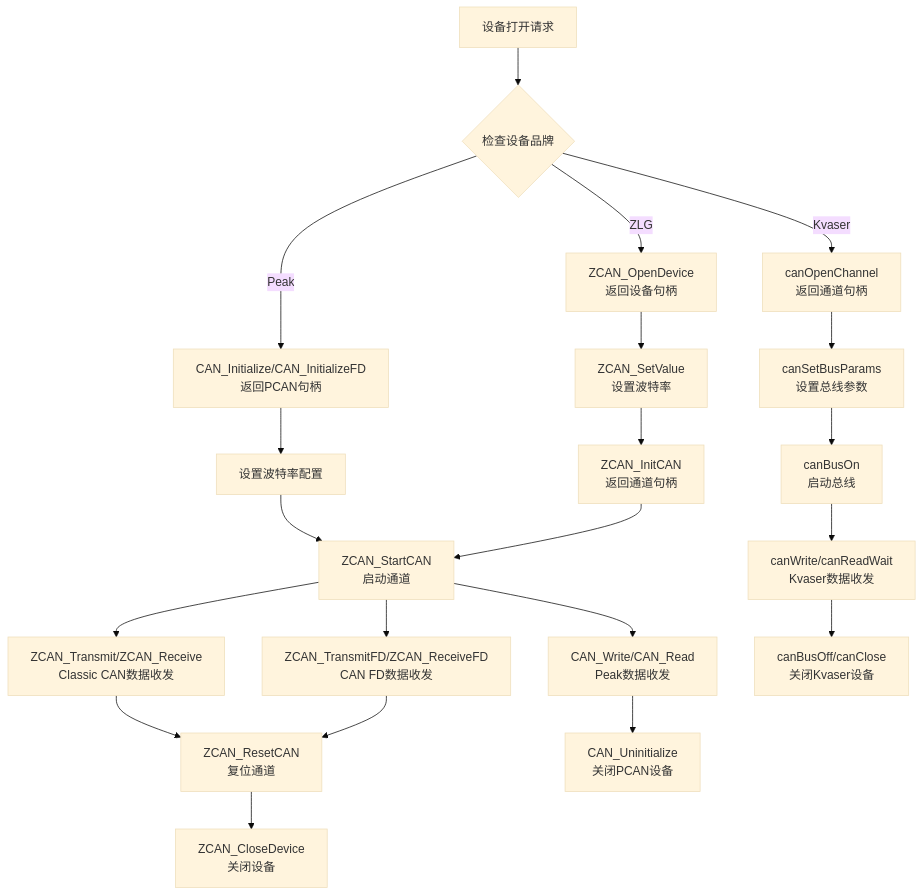
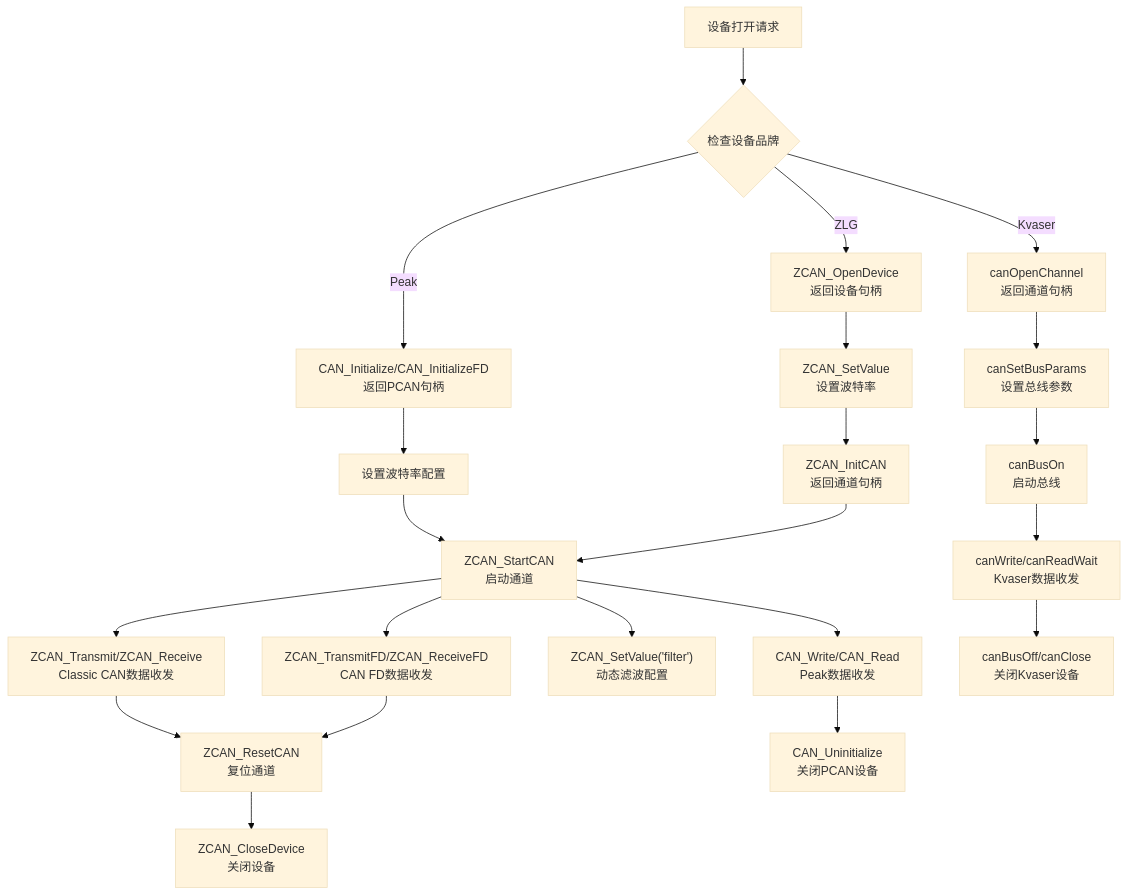
Before and after one commit to jakecai1225-design/OpenBus: the fourth of 11 diagrams in .qoder/repowiki/zh/content/核心模块详解/CAN设备管理系统.md, drawn with Mermaid (base theme). The commit also changed other lines of this file and 22 other files, not shown here.

Commit message:
trace graphic

````diff
--- a/.qoder/repowiki/zh/content/核心模块详解/CAN设备管理系统.md
+++ b/.qoder/repowiki/zh/content/核心模块详解/CAN设备管理系统.md
@@ -353,23 +366,24 @@
 ```mermaid
 flowchart TD
 OpenDev["设备打开请求"] --> CheckBrand{"检查设备品牌"}
 CheckBrand --> |ZLG| ZLGOpen["ZCAN_OpenDevice<br/>返回设备句柄"]
 CheckBrand --> |Kvaser| KvaserOpen["canOpenChannel<br/>返回通道句柄"]
 CheckBrand --> |Peak| PeakOpen["CAN_Initialize/CAN_InitializeFD<br/>返回PCAN句柄"]
 ZLGOpen --> SetBaud["ZCAN_SetValue<br/>设置波特率"]
 KvaserOpen --> SetBaudK["canSetBusParams<br/>设置总线参数"]
 PeakOpen --> SetBaudP["设置波特率配置"]
 SetBaud --> InitCh["ZCAN_InitCAN<br/>返回通道句柄"]
 SetBaudK --> BusOn["canBusOn<br/>启动总线"]
 SetBaudP --> StartCh["启动PCAN通道"]
 InitCh --> StartCh["ZCAN_StartCAN<br/>启动通道"]
 StartCh --> SendRecv["ZCAN_Transmit/ZCAN_Receive<br/>Classic CAN数据收发"]
 StartCh --> SendRecvFD["ZCAN_TransmitFD/ZCAN_ReceiveFD<br/>CAN FD数据收发"]
+StartCh --> SetFilter["ZCAN_SetValue('filter')<br/>动态滤波配置"]
 BusOn --> SendRecvK["canWrite/canReadWait<br/>Kvaser数据收发"]
 StartCh --> SendRecvP["CAN_Write/CAN_Read<br/>Peak数据收发"]
 SendRecv --> ResetCh["ZCAN_ResetCAN<br/>复位通道"]
 SendRecvFD --> ResetCh
 SendRecvK --> CloseK["canBusOff/canClose<br/>关闭Kvaser设备"]
 SendRecvP --> CloseP["CAN_Uninitialize<br/>关闭PCAN设备"]
 ResetCh --> CloseDev["ZCAN_CloseDevice<br/>关闭设备"]
 ```
````
